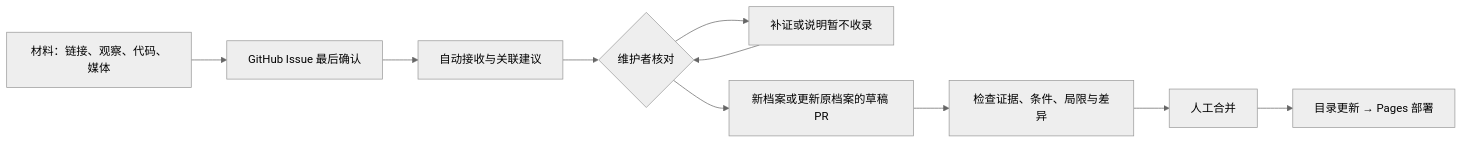
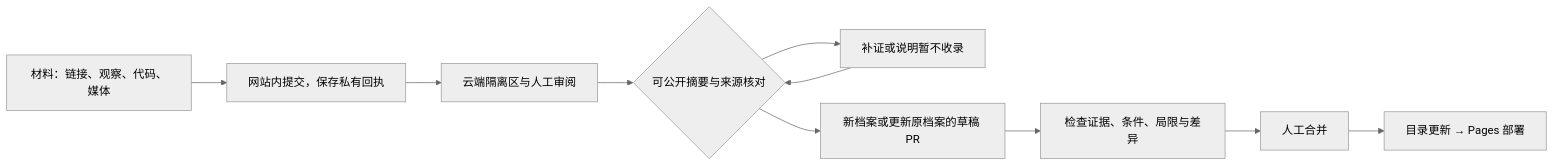
Before and after one commit to utopiazzr/safety-atlas: the diagram in docs/CONTRIBUTING.md, drawn with Mermaid (neutral theme). The commit also changed other lines of this file and 39 other files, not shown here.

Commit message:
Add anonymous cloud intake, resumable uploads and curated GitHub review bridge

````diff
--- a/docs/CONTRIBUTING.md
+++ b/docs/CONTRIBUTING.md
@@ -7,12 +7,12 @@
 ```mermaid
 flowchart LR
-  A[材料：链接、观察、代码、媒体] --> B[GitHub Issue 最后确认]
-  B --> C[自动接收与关联建议]
-  C --> D{维护者核对}
+  A[材料：链接、观察、代码、媒体] --> B[网站内提交，保存私有回执]
+  B --> C[云端隔离区与人工审阅]
+  C --> D{可公开摘要与来源核对}
   D --> E[补证或说明暂不收录]
   E --> D
   D --> F[新档案或更新原档案的草稿 PR]
   F --> G[检查证据、条件、局限与差异]
   G --> H[人工合并]
   H --> I[目录更新 → Pages 部署]
 ```
````
